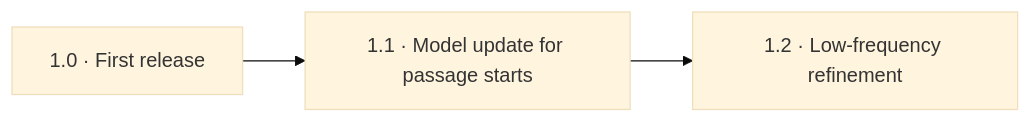
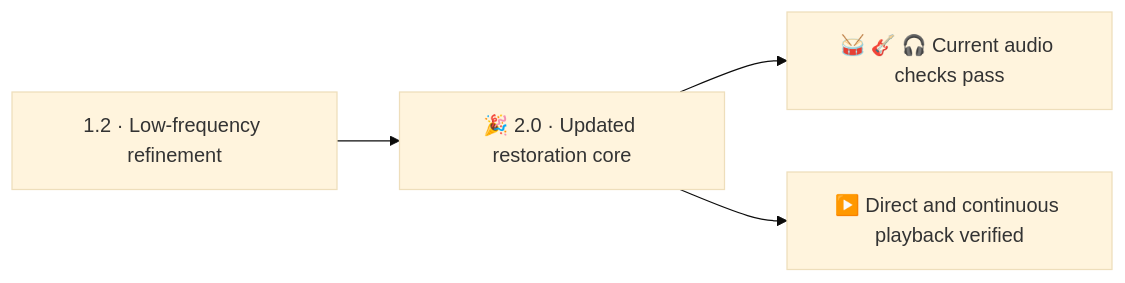
One commit to coopermone/artifact-sweep changed the diagram in README.md. Above: the diagram before and after it, drawn with Mermaid (base theme). The commit also changed other lines of this file, not shown here.

````diff
--- a/README.md
+++ b/README.md
@@ -74,4 +85,6 @@
 ```mermaid
 flowchart LR
-    V10["1.0 · First release"] --> V11["1.1 · Model update for passage starts"] --> V12["1.2 · Low-frequency refinement"]
+    V12["1.2 · Low-frequency refinement"] --> V20["🎉 2.0 · Updated restoration core"]
+    V20 --> Audio["🥁 🎸 🎧 Current audio checks pass"]
+    V20 --> Playback["▶️ Direct and continuous playback verified"]
 ```
````
